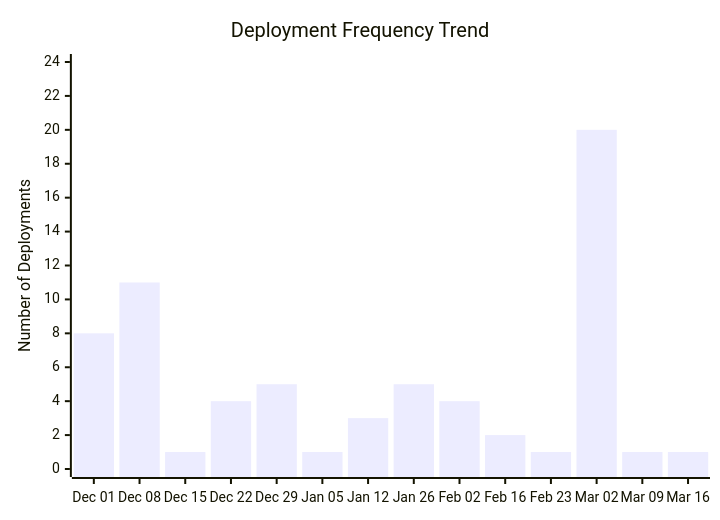
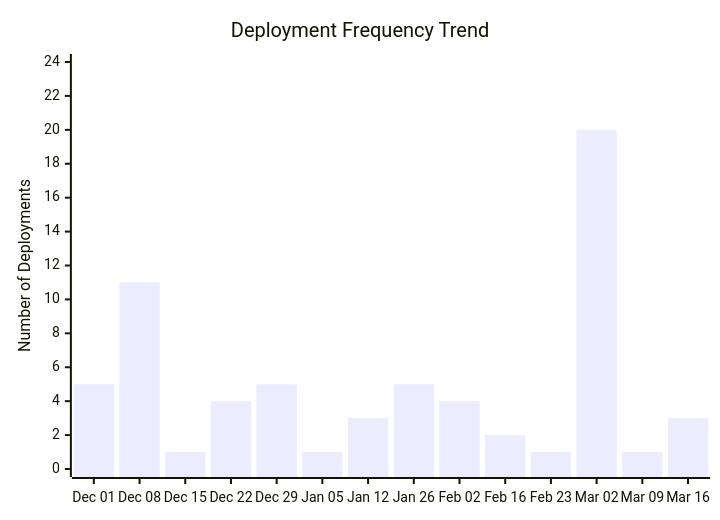
Before and after one commit to ukma-cs-ssdm-2025/rate-ukma: the third of 4 diagrams in docs/ci-cd/dora-summary.md, drawn with Mermaid. The commit also changed other lines of this file, not shown here.

````diff
--- a/docs/ci-cd/dora-summary.md
+++ b/docs/ci-cd/dora-summary.md
@@ -57,7 +58,7 @@
 ```mermaid
 xychart-beta
     title "Deployment Frequency Trend"
     x-axis ["Dec 01", "Dec 08", "Dec 15", "Dec 22", "Dec 29", "Jan 05", "Jan 12", "Jan 26", "Feb 02", "Feb 16", "Feb 23", "Mar 02", "Mar 09", "Mar 16"]
     y-axis "Number of Deployments" 0 --> 24
-    bar [8.00, 11.00, 1.00, 4.00, 5.00, 1.00, 3.00, 5.00, 4.00, 2.00, 1.00, 20.00, 1.00, 1.00]
+    bar [5.00, 11.00, 1.00, 4.00, 5.00, 1.00, 3.00, 5.00, 4.00, 2.00, 1.00, 20.00, 1.00, 3.00]
 ```
````
